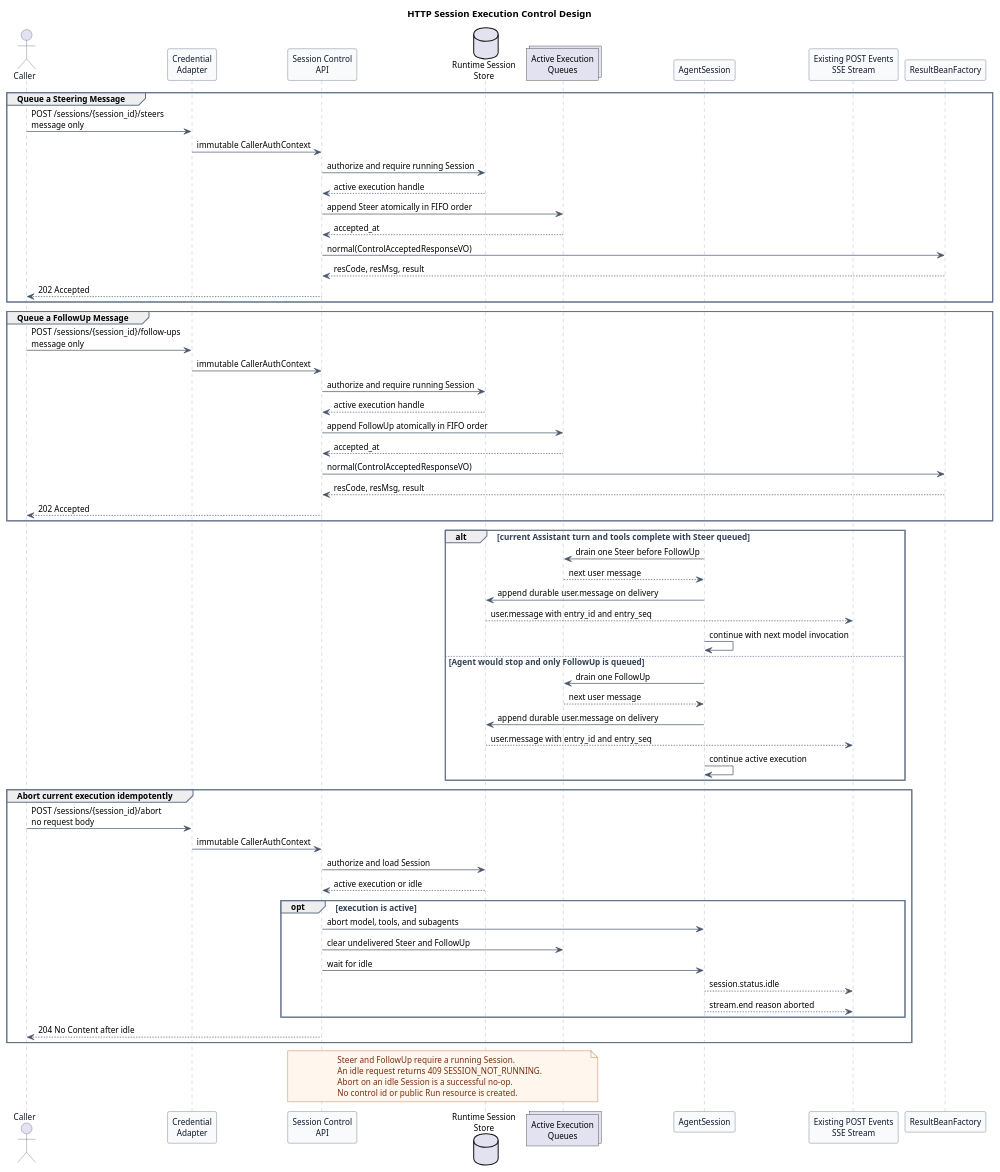
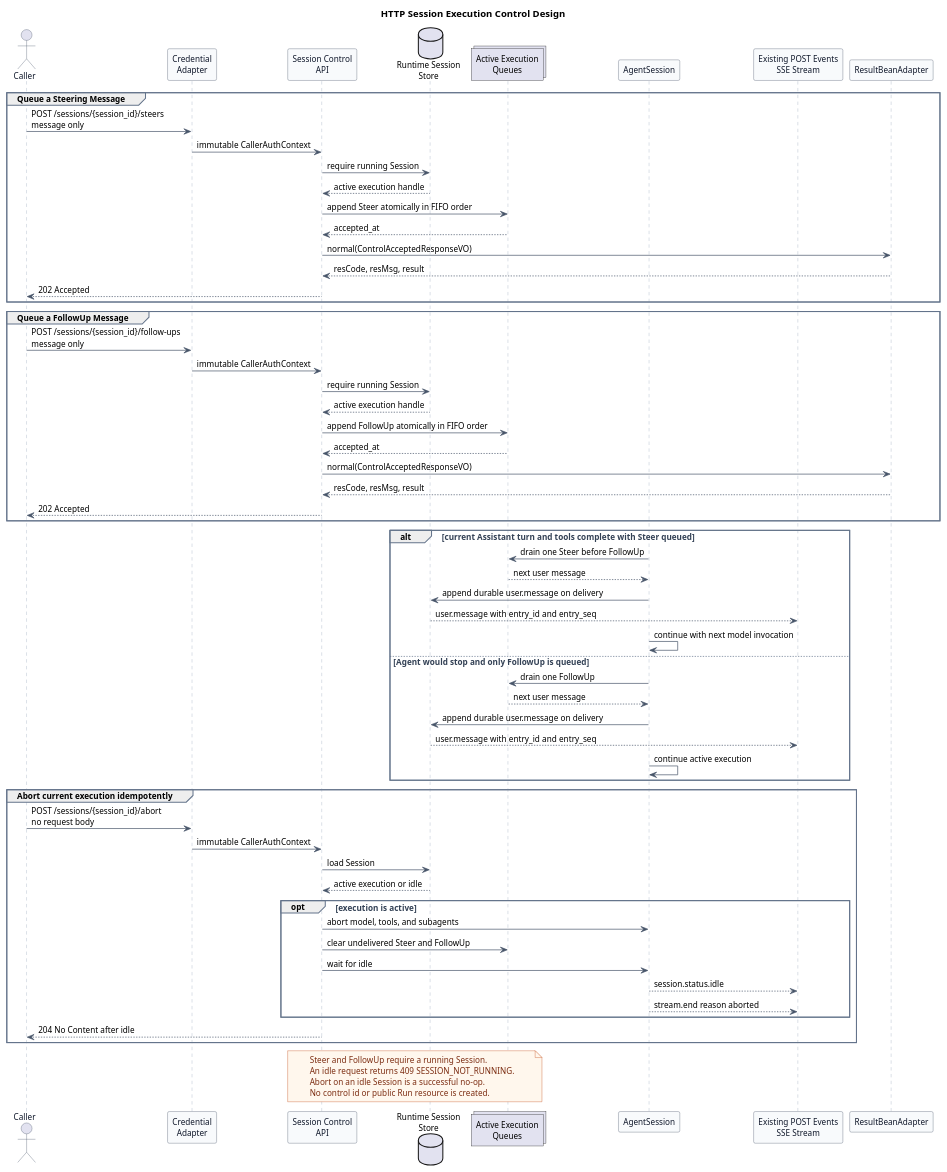
The second of 14 diagrams in pi-mono-java-manager-driven-multi-agent-runtime/diagram.puml (ssm0808/pi-mono-java-design), drawn with PlantUML before and after one commit. The commit also changed other lines of this file and 24 other files, not shown here.

```diff
--- a/pi-mono-java-manager-driven-multi-agent-runtime/diagram.puml
+++ b/pi-mono-java-manager-driven-multi-agent-runtime/diagram.puml
@@ -99,114 +97,112 @@
 @startuml http_session_execution_controls
 title HTTP Session Execution Control Design
 
 ' Source evidence (pi-mono commit 086c32e74530564922d011ade23ff582c9d63116):
 ' packages/coding-agent/src/core/agent-session.ts, steer, followUp, clearQueue, and abort,
 ' lines 1336-1404 and 1516-1556
 ' packages/agent/src/agent.ts, steer, followUp, abort, and queue drain order,
 ' lines 275-319, 350-390, and 456-492
 ' packages/coding-agent/src/modes/rpc/rpc-mode.ts, steer, follow_up, and abort,
 ' lines 418-430
-' Source evidence (pi-mono-java commit 195746614096312d4e93afb029d387837db78e0b):
-' modules/coding-agent-cli/src/main/java/com/campusclaw/codingagent/mode/server/
-' ChatWebSocketHandler.java, command dispatch and handleSteer, lines 199-210 and 275-288
-' modules/coding-agent-cli/src/main/java/com/campusclaw/codingagent/session/
-' AgentSession.java, abort and steer, lines 165-177 and 240-251
+' Source evidence (pi-mono-java commit 8691e8800f05f28afe22499050c29220ef5b7475):
+' modules/coding-agent-cli/src/main/java/com/campusclaw/codingagent/runtimeapi/session/RuntimeSessionControlService.java.
+' modules/coding-agent-cli/src/main/java/com/campusclaw/codingagent/runtimeapi/web/RuntimeSessionControlController.java.
+' modules/coding-agent-cli/src/main/java/com/campusclaw/codingagent/runtimeapi/runtime/RuntimeActiveExecution.java.
 ' Observed behavior: pi keeps separate steering and follow-up queues, drains steering first,
-' and aborts the current in-process run. Java currently exposes text-only steer and abort.
-' Java divergence: Java has no follow-up command and persists steer before actual delivery.
-' Target-only design: three HTTP operations use Session scope because no public Run exists.
+' and aborts the current in-process run. Java now exposes text-only steer, follow-up, and abort.
+' Observed behavior: three HTTP operations use Session scope because no public Run exists.
 ' Product constraint: v1 accepts text only, fixes one-at-a-time FIFO behavior, and projects
 ' a delivered control message as the existing durable user.message entry type.
 ' Design reason: separate control responses from the existing POST Events SSE response.
 
 skinparam backgroundColor #FFFFFF
 skinparam shadowing false
 skinparam defaultFontName Arial
 skinparam defaultFontSize 12
 skinparam sequence {
   ArrowColor #475569
   ActorBorderColor #475569
   ActorFontColor #0F172A
   LifeLineBorderColor #94A3B8
   LifeLineBackgroundColor #F8FAFC
   ParticipantBorderColor #475569
   ParticipantBackgroundColor #F8FAFC
   ParticipantFontColor #0F172A
   GroupBorderColor #64748B
   GroupFontColor #334155
 }
 skinparam note {
   BackgroundColor #FFF7ED
   BorderColor #C2410C
   FontColor #7C2D12
 }
 
 actor Caller
 participant "Credential\nAdapter" as Auth
 participant "Session Control\nAPI" as API
 database "Runtime Session\nStore" as Store
 collections "Active Execution\nQueues" as Queue
 participant "AgentSession" as Session
 participant "Existing POST Events\nSSE Stream" as SSE
-participant ResultBeanFactory
+participant ResultBeanAdapter
 
 group Queue a Steering Message
   Caller -> Auth : POST /sessions/{session_id}/steers\nmessage only
   Auth -> API : immutable CallerAuthContext
-  API -> Store : authorize and require running Session
+  API -> Store : require running Session
   Store --> API : active execution handle
   API -> Queue : append Steer atomically in FIFO order
   Queue --> API : accepted_at
-  API -> ResultBeanFactory : normal(ControlAcceptedResponseVO)
-  ResultBeanFactory --> API : resCode, resMsg, result
+  API -> ResultBeanAdapter : normal(ControlAcceptedResponseVO)
+  ResultBeanAdapter --> API : resCode, resMsg, result
   API --> Caller : 202 Accepted
 end
 
 group Queue a FollowUp Message
   Caller -> Auth : POST /sessions/{session_id}/follow-ups\nmessage only
   Auth -> API : immutable CallerAuthContext
-  API -> Store : authorize and require running Session
+  API -> Store : require running Session
   Store --> API : active execution handle
   API -> Queue : append FollowUp atomically in FIFO order
   Queue --> API : accepted_at
-  API -> ResultBeanFactory : normal(ControlAcceptedResponseVO)
-  ResultBeanFactory --> API : resCode, resMsg, result
+  API -> ResultBeanAdapter : normal(ControlAcceptedResponseVO)
+  ResultBeanAdapter --> API : resCode, resMsg, result
   API --> Caller : 202 Accepted
 end
 
 alt current Assistant turn and tools complete with Steer queued
   Session -> Queue : drain one Steer before FollowUp
   Queue --> Session : next user message
   Session -> Store : append durable user.message on delivery
   Store --> SSE : user.message with entry_id and entry_seq
   Session -> Session : continue with next model invocation
 else Agent would stop and only FollowUp is queued
   Session -> Queue : drain one FollowUp
   Queue --> Session : next user message
   Session -> Store : append durable user.message on delivery
   Store --> SSE : user.message with entry_id and entry_seq
   Session -> Session : continue active execution
 end
 
 group Abort current execution idempotently
   Caller -> Auth : POST /sessions/{session_id}/abort\nno request body
   Auth -> API : immutable CallerAuthContext
-  API -> Store : authorize and load Session
+  API -> Store : load Session
   Store --> API : active execution or idle
   opt execution is active
     API -> Session : abort model, tools, and subagents
     API -> Queue : clear undelivered Steer and FollowUp
     API -> Session : wait for idle
     Session --> SSE : session.status.idle
     Session --> SSE : stream.end reason aborted
   end
   API --> Caller : 204 No Content after idle
 end
 
 note over API,Queue
 Steer and FollowUp require a running Session.
 An idle request returns 409 SESSION_NOT_RUNNING.
 Abort on an idle Session is a successful no-op.
 No control id or public Run resource is created.
 end note
 @enduml
```
